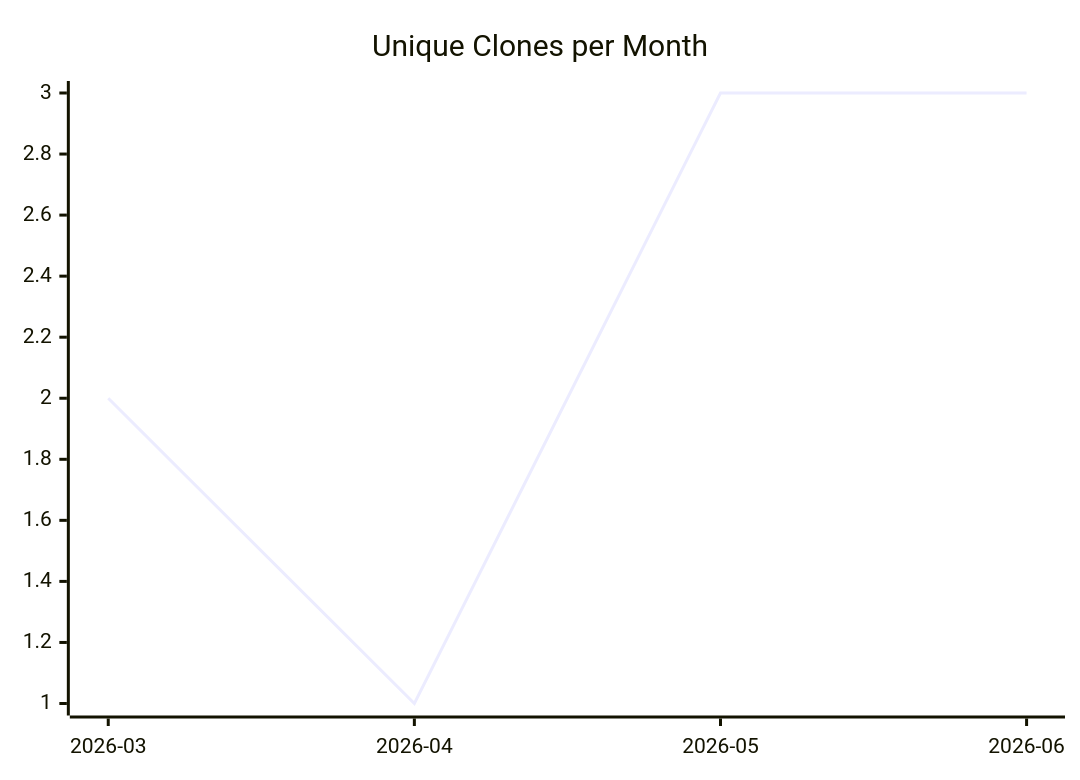
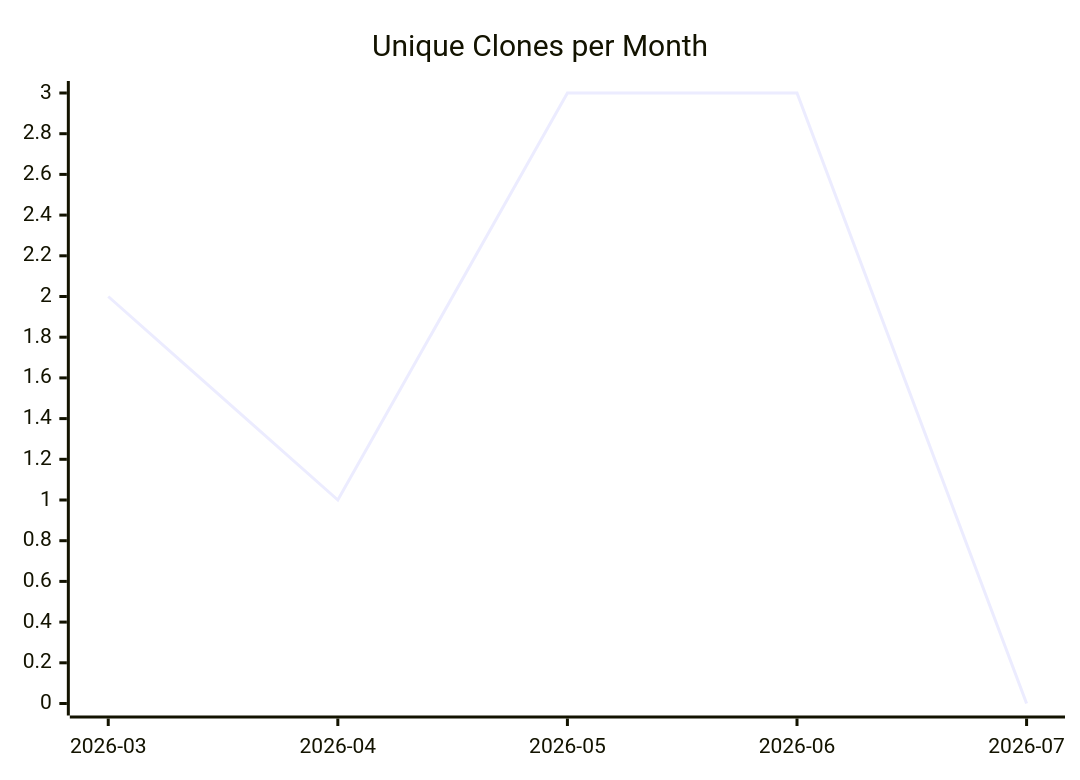
One commit to justdavis-family/github-analytics-data changed the third of 3 diagrams in karlmdavis/ansible-roles/README.md. Above: the diagram before and after it, drawn with Mermaid. The commit also changed other lines of this file and 199 other files, not shown here.

````diff
--- a/karlmdavis/ansible-roles/README.md
+++ b/karlmdavis/ansible-roles/README.md
@@ -19,6 +19,6 @@
 ```mermaid
 xychart-beta
   title "Unique Clones per Month"
-  x-axis ["2026-03", "2026-04", "2026-05", "2026-06"]
-  line [2, 1, 3, 3]
+  x-axis ["2026-03", "2026-04", "2026-05", "2026-06", "2026-07"]
+  line [2, 1, 3, 3, 0]
 ```
````
